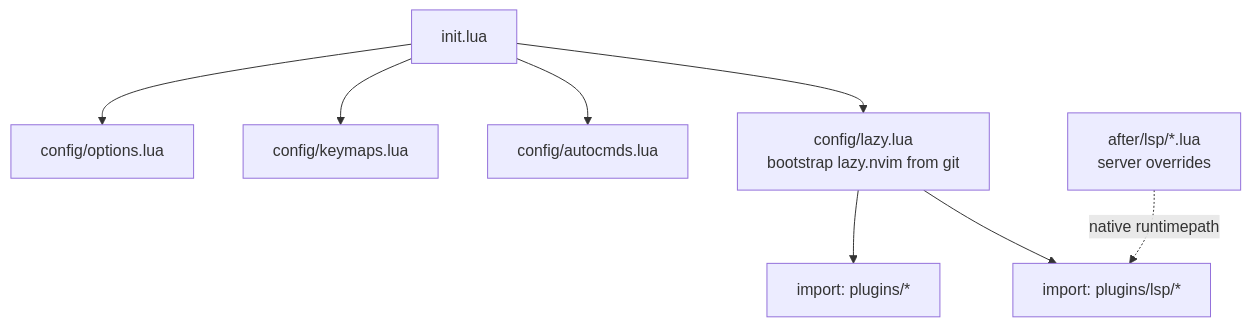
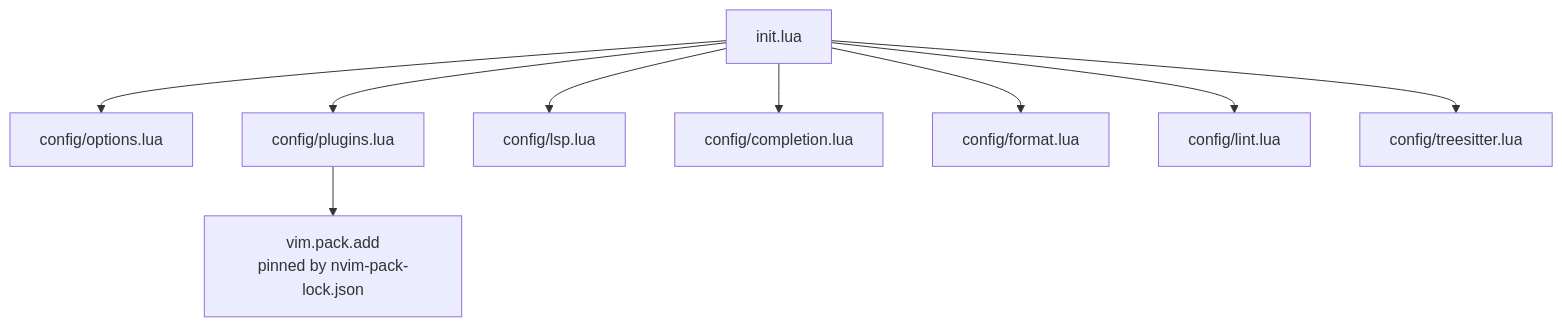
One commit to mbastakis/dotfiles changed the second of 3 diagrams in docs/tool-notes.md. Above: the diagram before and after it, drawn with Mermaid. The commit also changed other lines of this file and 72 other files, not shown here.

First line of the commit message:
feat(nvim): promote native-first configuration

````diff
--- a/docs/tool-notes.md
+++ b/docs/tool-notes.md
@@ -45,10 +45,11 @@
 ```mermaid
 flowchart TD
   A[init.lua] --> B[config/options.lua]
-  A --> C[config/keymaps.lua]
-  A --> D[config/autocmds.lua]
-  A --> E["config/lazy.lua<br/>bootstrap lazy.nvim from git"]
-  E --> F["import: plugins/*"]
-  E --> G["import: plugins/lsp/*"]
-  H["after/lsp/*.lua<br/>server overrides"] -.->|native runtimepath| G
+  A --> C[config/plugins.lua]
+  C --> D["vim.pack.add<br/>pinned by nvim-pack-lock.json"]
+  A --> E[config/lsp.lua]
+  A --> F[config/completion.lua]
+  A --> G[config/format.lua]
+  A --> H[config/lint.lua]
+  A --> I[config/treesitter.lua]
 ```
````
